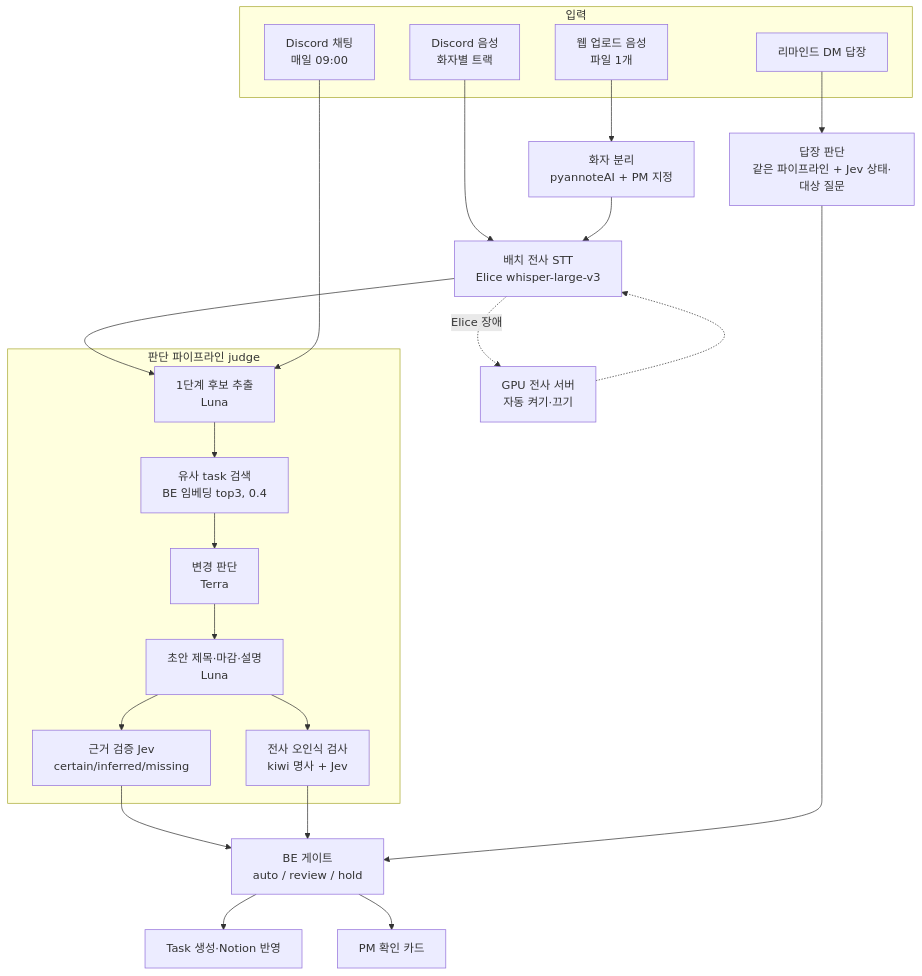
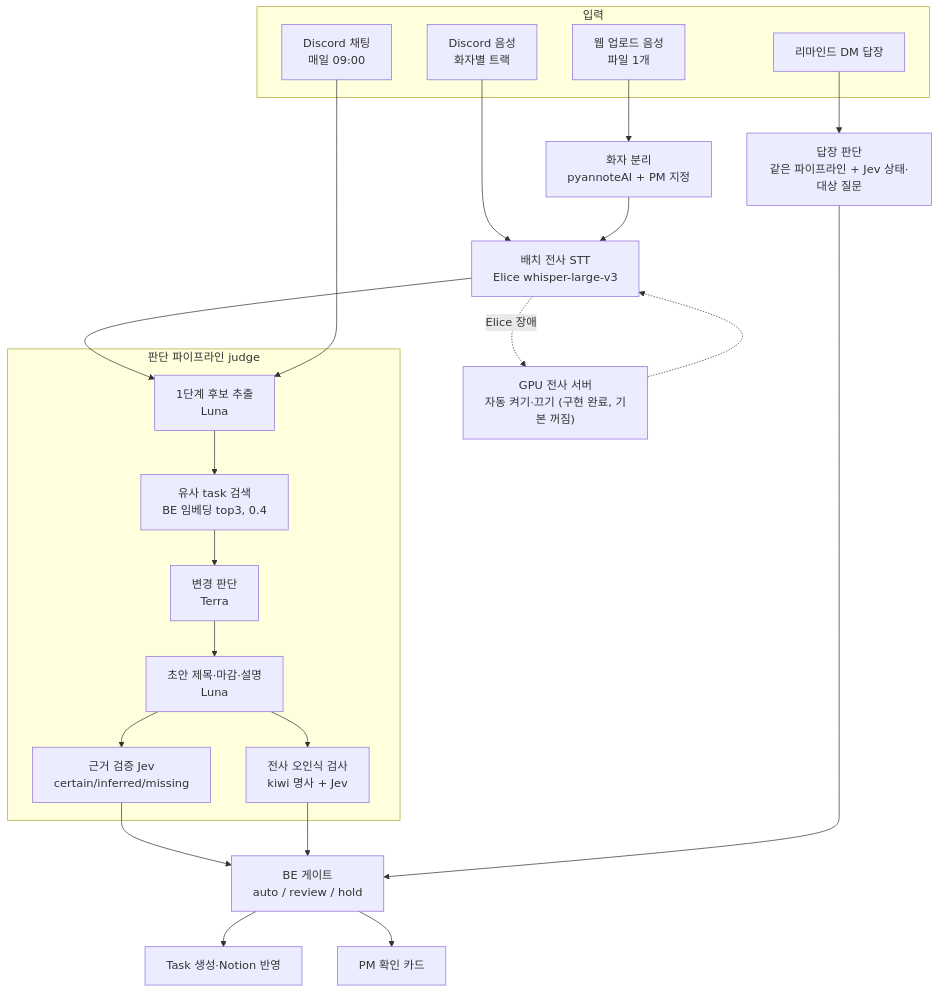
Before and after one commit to kakaotechcampus-4/ktc4-kyungpook-3: the diagram in docs/design/ai/index.md, drawn with Mermaid. The commit also changed other lines of this file and 3 other files, not shown here.

````diff
--- a/docs/design/ai/index.md
+++ b/docs/design/ai/index.md
@@ -14,33 +14,33 @@
 ```mermaid
 flowchart TD
     subgraph IN[입력]
         V[Discord 음성<br/>화자별 트랙]
         U[웹 업로드 음성<br/>파일 1개]
         C[Discord 채팅<br/>매일 09:00]
         R[리마인드 DM 답장]
     end
 
     U --> D[화자 분리<br/>pyannoteAI + PM 지정]
     V --> S[배치 전사 STT<br/>Elice whisper-large-v3]
     D --> S
-    S -.Elice 장애.-> G[GPU 전사 서버<br/>자동 켜기·끄기]
+    S -.Elice 장애.-> G["GPU 전사 서버<br/>자동 켜기·끄기 (구현 완료, 기본 꺼짐)"]
     G -.-> S
 
     S --> P1
     C --> P1
     subgraph JUDGE[판단 파이프라인 judge]
         P1[1단계 후보 추출<br/>Luna] --> P2[유사 task 검색<br/>BE 임베딩 top3, 0.4]
         P2 --> P3[변경 판단<br/>Terra]
         P3 --> P4[초안 제목·마감·설명<br/>Luna]
         P4 --> P5[근거 검증 Jev<br/>certain/inferred/missing]
         P4 --> P6[전사 오인식 검사<br/>kiwi 명사 + Jev]
     end
 
     R --> RJ[답장 판단<br/>같은 파이프라인 + Jev 상태·대상 질문]
 
     P5 --> BE
     P6 --> BE
     RJ --> BE
     BE[BE 게이트<br/>auto / review / hold] --> T[Task 생성·Notion 반영]
     BE --> A[PM 확인 카드]
 ```
````
